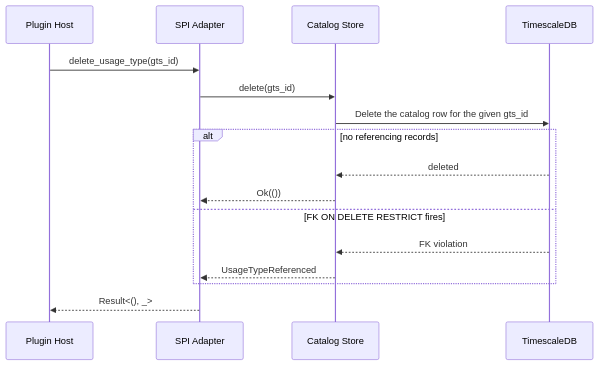
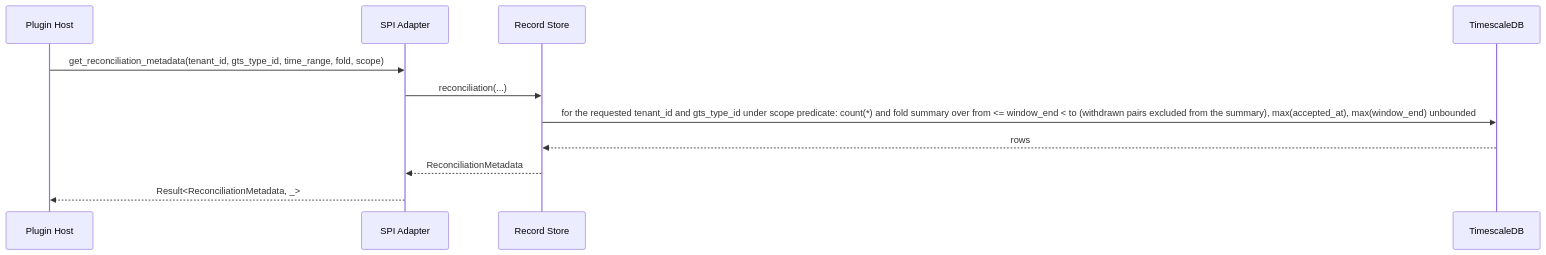
The ninth of 11 diagrams in gears/system/usage-collector/plugins/timescaledb-usage-collector-plugin/docs/DESIGN.md (Andrei-Iliushin-Constructor/gears-rust), drawn with Mermaid before and after one commit. The commit also changed other lines of this file and 38 other files, not shown here.

````diff
--- a/gears/system/usage-collector/plugins/timescaledb-usage-collector-plugin/docs/DESIGN.md
+++ b/gears/system/usage-collector/plugins/timescaledb-usage-collector-plugin/docs/DESIGN.md
@@ -546,18 +669,13 @@
 ```mermaid
 sequenceDiagram
     participant Host as Plugin Host
     participant Adapter as SPI Adapter
-    participant Cat as Catalog Store
+    participant Rec as Record Store
     participant DB as TimescaleDB
-    Host->>Adapter: delete_usage_type(gts_id)
-    Adapter->>Cat: delete(gts_id)
-    Cat->>DB: Delete the catalog row for the given gts_id
-    alt no referencing records
-        DB-->>Cat: deleted
-        Cat-->>Adapter: Ok(())
-    else FK ON DELETE RESTRICT fires
-        DB-->>Cat: FK violation
-        Cat-->>Adapter: UsageTypeReferenced
-    end
-    Adapter-->>Host: Result<(), _>
+    Host->>Adapter: get_reconciliation_metadata(tenant_id, gts_type_id, time_range, fold, scope)
+    Adapter->>Rec: reconciliation(...)
+    Rec->>DB: for the requested tenant_id and gts_type_id under scope predicate: count(*) and fold summary over from <= window_end < to (withdrawn pairs excluded from the summary), max(accepted_at), max(window_end) unbounded
+    DB-->>Rec: rows
+    Rec-->>Adapter: ReconciliationMetadata
+    Adapter-->>Host: Result<ReconciliationMetadata, _>
 ```
````
